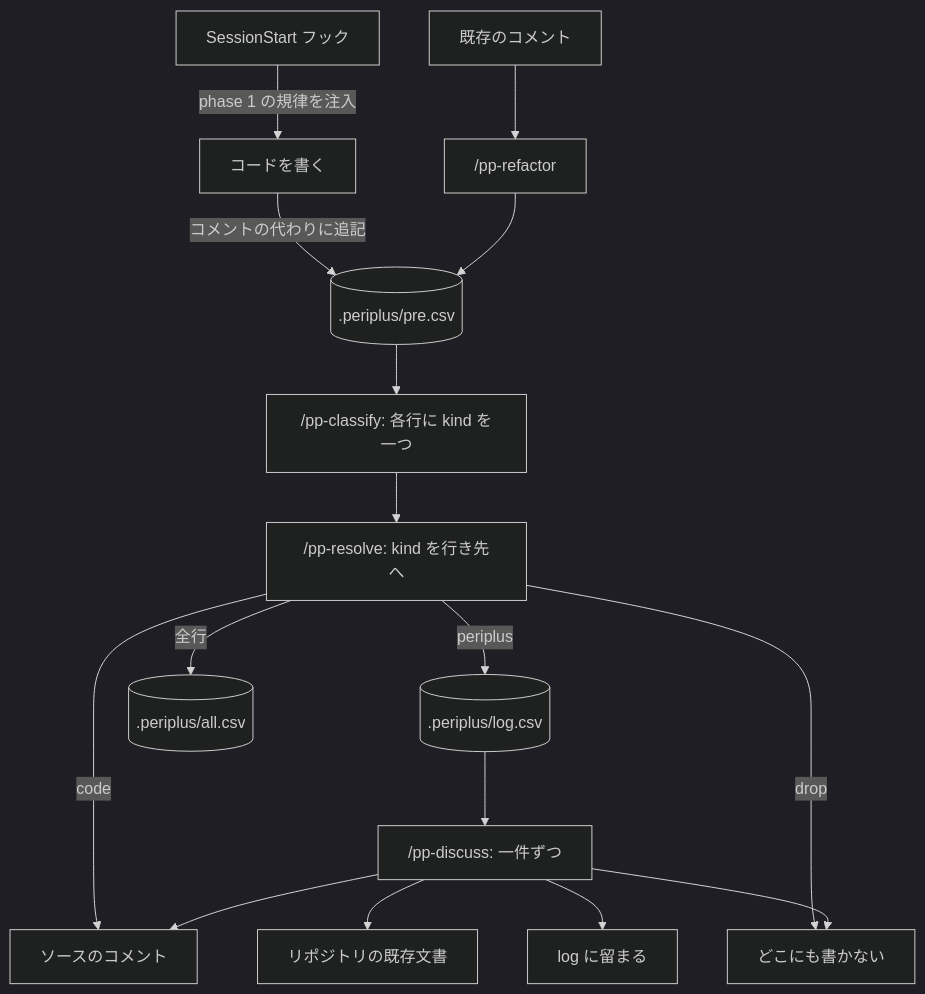
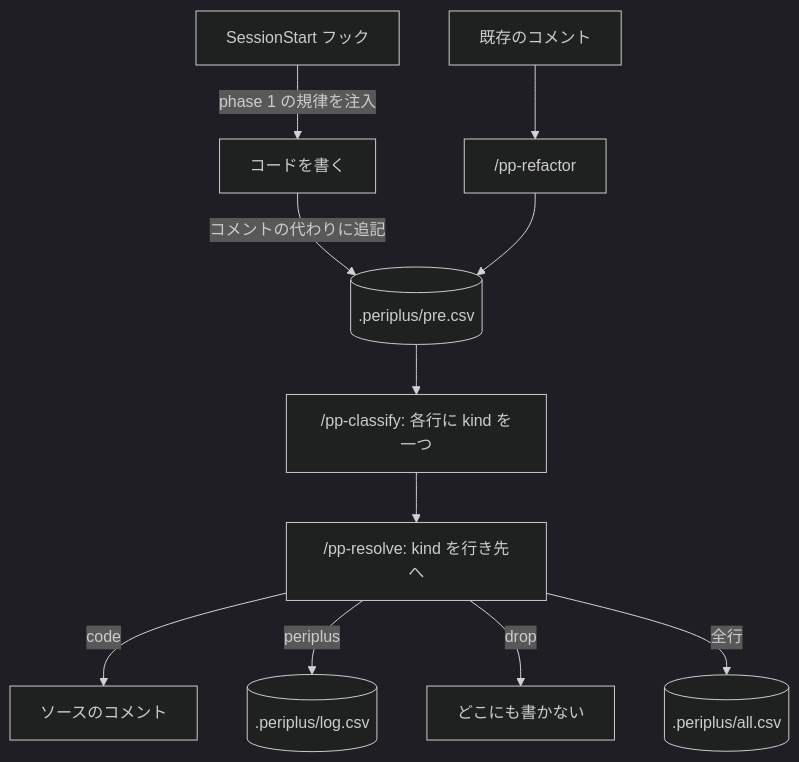
One commit to gameundwatch/periplus changed the diagram in docs/structures/flow.md. Above: the diagram before and after it, drawn with Mermaid (dark theme). The commit also changed other lines of this file and 3 other files, not shown here.

Commit message:
add pp-discuss flow

````diff
--- a/docs/structures/flow.md
+++ b/docs/structures/flow.md
@@ -5,21 +5,15 @@
 ```mermaid
 flowchart TD
     hook[SessionStart フック] -->|phase 1 の規律を注入| write[コードを書く]
     write -->|コメントの代わりに追記| pre[(.periplus/pre.csv)]
     existing[既存のコメント] --> refactor["/pp-refactor"]
     refactor --> pre
 
     pre --> classify["/pp-classify: 各行に kind を一つ"]
     classify --> resolve["/pp-resolve: kind を行き先へ"]
 
     resolve -->|code| src[ソースのコメント]
     resolve -->|periplus| log[(.periplus/log.csv)]
-    resolve -->|drop| nowhere[どこにも書かない]
+    resolve -->|drop| gone[どこにも書かない]
     resolve -->|全行| archive[(.periplus/all.csv)]
-
-    log --> discuss["/pp-discuss: 一件ずつ"]
-    discuss --> docs[リポジトリの既存文書]
-    discuss --> src
-    discuss --> here[log に留まる]
-    discuss --> nowhere
 ```
````
